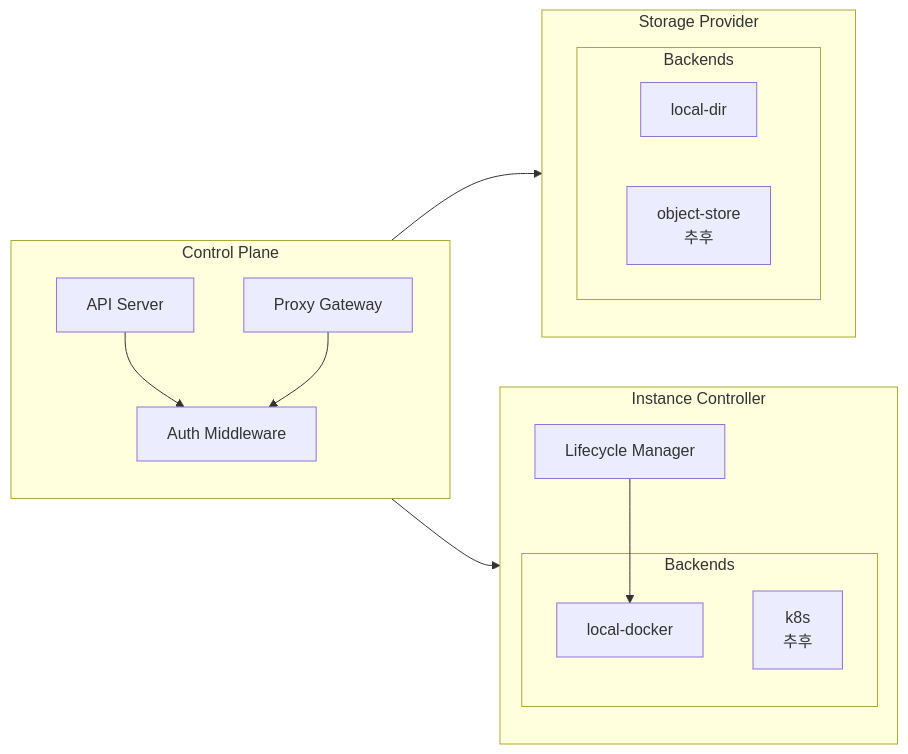
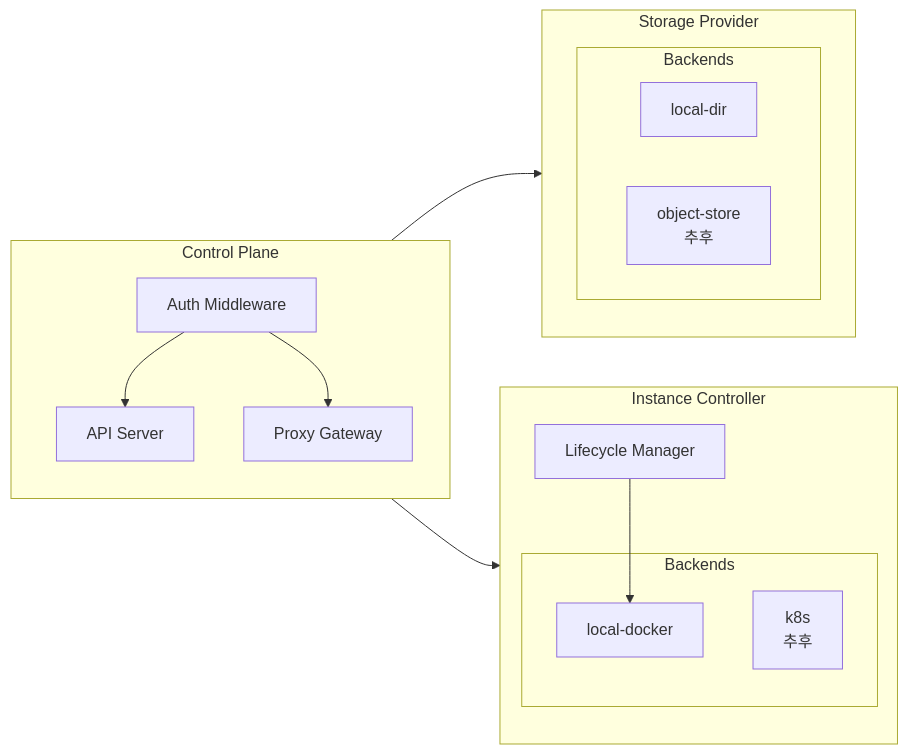
Before and after one commit to cagojeiger/code-hub: the eighth of 10 diagrams in docs/architecture.md, drawn with Mermaid. The commit also changed other lines of this file, not shown here.

First line of the commit message:
docs: fix logical inconsistencies in architecture diagrams

````diff
--- a/docs/architecture.md
+++ b/docs/architecture.md
@@ -260,35 +260,35 @@
 ```mermaid
 graph LR
     subgraph ControlPlane[Control Plane]
         direction TB
+        Auth[Auth Middleware]
         API[API Server]
-        Auth[Auth Middleware]
         ProxyGW[Proxy Gateway]
 
-        API --> Auth
-        ProxyGW --> Auth
+        Auth --> API
+        Auth --> ProxyGW
     end
 
     subgraph StorageProvider[Storage Provider]
         direction TB
         subgraph StorageBackends[Backends]
             LocalDir[local-dir]
             ObjectStore[object-store<br/>추후]
         end
     end
 
     subgraph InstanceController[Instance Controller]
         direction TB
         LM[Lifecycle Manager]
 
         subgraph InstanceBackends[Backends]
             LocalDocker[local-docker]
             K8s[k8s<br/>추후]
         end
 
         LM --> LocalDocker
     end
 
     ControlPlane --> StorageProvider
     ControlPlane --> InstanceController
 ```
````
